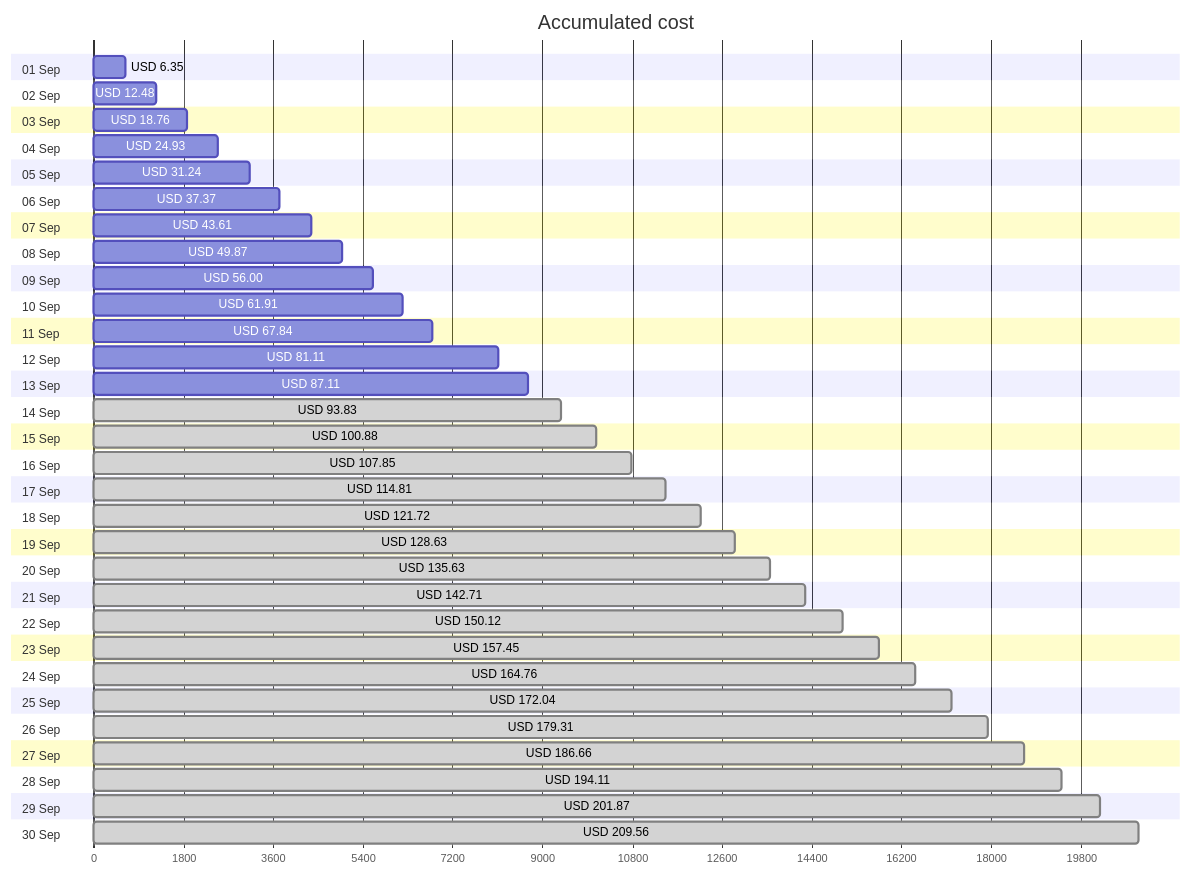
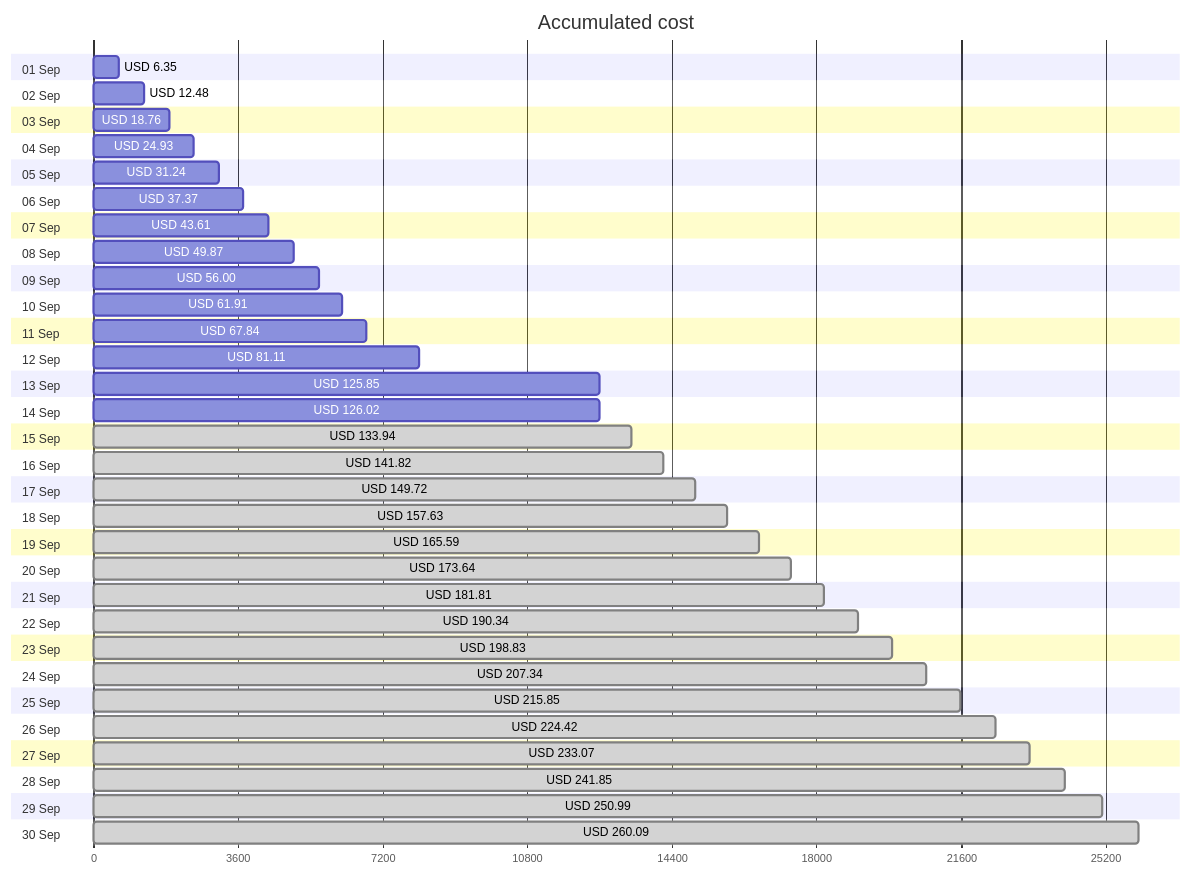
Before and after one commit to jpfulton/azure-personal-reports: the first of 4 diagrams in cost-reports/accumulated-cost.md, drawn with Mermaid. The commit also changed other lines of this file and 2 other files, not shown here.

````diff
--- a/cost-reports/accumulated-cost.md
+++ b/cost-reports/accumulated-cost.md
@@ -20,66 +20,66 @@
 ```mermaid
 gantt
    title Accumulated cost
    dateFormat  X
    axisFormat %s
    section 01 Sep
    USD 6.35 :0, 635
    section 02 Sep
    USD 12.48 :0, 1248
    section 03 Sep
    USD 18.76 :0, 1876
    section 04 Sep
    USD 24.93 :0, 2493
    section 05 Sep
    USD 31.24 :0, 3124
    section 06 Sep
    USD 37.37 :0, 3737
    section 07 Sep
    USD 43.61 :0, 4361
    section 08 Sep
    USD 49.87 :0, 4987
    section 09 Sep
    USD 56.00 :0, 5600
    section 10 Sep
    USD 61.91 :0, 6191
    section 11 Sep
    USD 67.84 :0, 6784
    section 12 Sep
    USD 81.11 :0, 8111
    section 13 Sep
-   USD 87.11 :0, 8711
+   USD 125.85 :0, 12585
    section 14 Sep
-   USD 93.83 : done, 0, 9383
+   USD 126.02 :0, 12602
    section 15 Sep
-   USD 100.88 : done, 0, 10088
+   USD 133.94 : done, 0, 13394
    section 16 Sep
-   USD 107.85 : done, 0, 10785
+   USD 141.82 : done, 0, 14182
    section 17 Sep
-   USD 114.81 : done, 0, 11481
+   USD 149.72 : done, 0, 14972
    section 18 Sep
-   USD 121.72 : done, 0, 12172
+   USD 157.63 : done, 0, 15763
    section 19 Sep
-   USD 128.63 : done, 0, 12863
+   USD 165.59 : done, 0, 16559
    section 20 Sep
-   USD 135.63 : done, 0, 13563
+   USD 173.64 : done, 0, 17364
    section 21 Sep
-   USD 142.71 : done, 0, 14271
+   USD 181.81 : done, 0, 18181
    section 22 Sep
-   USD 150.12 : done, 0, 15012
+   USD 190.34 : done, 0, 19034
    section 23 Sep
-   USD 157.45 : done, 0, 15745
+   USD 198.83 : done, 0, 19883
    section 24 Sep
-   USD 164.76 : done, 0, 16476
+   USD 207.34 : done, 0, 20734
    section 25 Sep
-   USD 172.04 : done, 0, 17204
+   USD 215.85 : done, 0, 21585
    section 26 Sep
-   USD 179.31 : done, 0, 17931
+   USD 224.42 : done, 0, 22442
    section 27 Sep
-   USD 186.66 : done, 0, 18666
+   USD 233.07 : done, 0, 23307
    section 28 Sep
-   USD 194.11 : done, 0, 19411
+   USD 241.85 : done, 0, 24185
    section 29 Sep
-   USD 201.87 : done, 0, 20187
+   USD 250.99 : done, 0, 25099
    section 30 Sep
-   USD 209.56 : done, 0, 20956
+   USD 260.09 : done, 0, 26009
 ```
````
